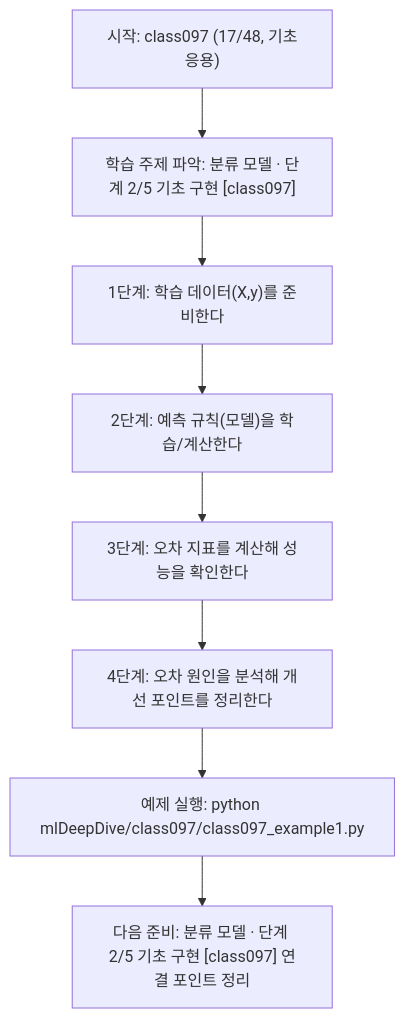
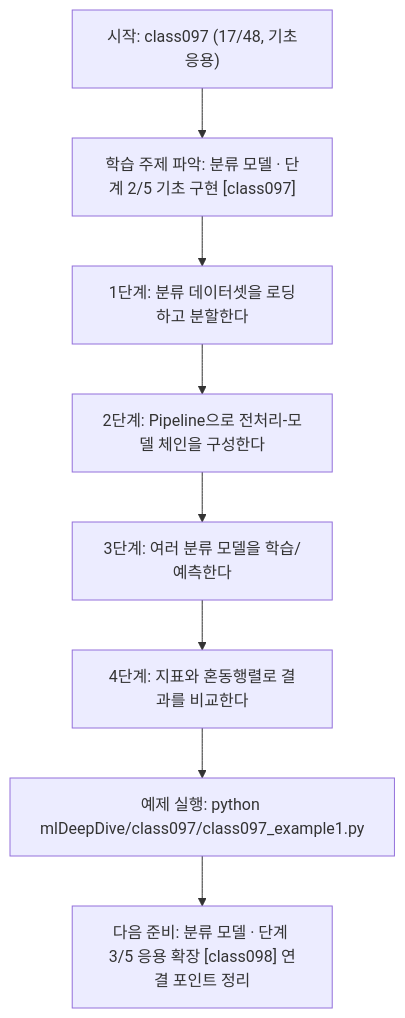
The diagram in mlDeepDive/class097/class097.md (edumgt/Python-AI_Agent-Class), drawn with Mermaid before and after one commit. The commit also changed other lines of this file and 338 other files, not shown here.

````diff
--- a/mlDeepDive/class097/class097.md
+++ b/mlDeepDive/class097/class097.md
@@ -109,18 +91,18 @@
 ```mermaid
 flowchart TD
 N1["시작: class097 (17/48, 기초응용)"]
 N2["학습 주제 파악: 분류 모델 · 단계 2/5 기초 구현 [class097]"]
-N3["1단계: 학습 데이터(X,y)를 준비한다"]
-N4["2단계: 예측 규칙(모델)을 학습/계산한다"]
-N5["3단계: 오차 지표를 계산해 성능을 확인한다"]
-N6["4단계: 오차 원인을 분석해 개선 포인트를 정리한다"]
+N3["1단계: 분류 데이터셋을 로딩하고 분할한다"]
+N4["2단계: Pipeline으로 전처리-모델 체인을 구성한다"]
+N5["3단계: 여러 분류 모델을 학습/예측한다"]
+N6["4단계: 지표와 혼동행렬로 결과를 비교한다"]
 N7["예제 실행: python mlDeepDive/class097/class097_example1.py"]
-N8["다음 준비: 분류 모델 · 단계 2/5 기초 구현 [class097] 연결 포인트 정리"]
+N8["다음 준비: 분류 모델 · 단계 3/5 응용 확장 [class098] 연결 포인트 정리"]
 N1 --> N2
 N2 --> N3
 N3 --> N4
 N4 --> N5
 N5 --> N6
 N6 --> N7
 N7 --> N8
 ```
````
